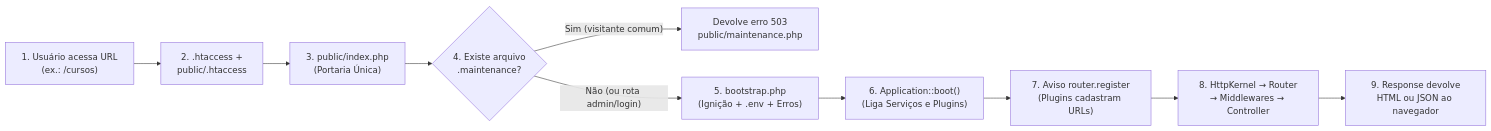
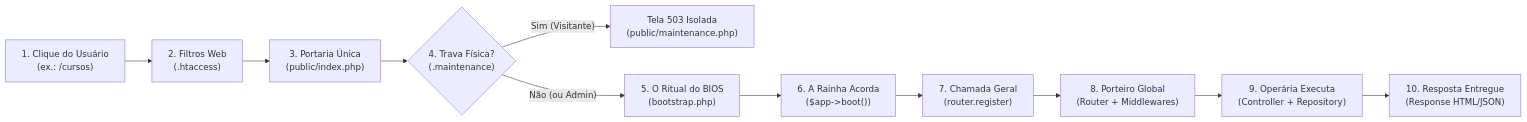
One commit to hadelrachid/domain-system changed the diagram in docs/documentacao-sistema/00-introducao.md. Above: the diagram before and after it, drawn with Mermaid. The commit also changed other lines of this file and 5 other files, not shown here.

````diff
--- a/docs/documentacao-sistema/00-introducao.md
+++ b/docs/documentacao-sistema/00-introducao.md
@@ -107,12 +120,13 @@
 ```mermaid
 flowchart LR
-    U["1. Usuário acessa URL<br/>(ex.: /cursos)"] --> H["2. .htaccess +<br/>public/.htaccess"]
-    H --> IDX["3. public/index.php<br/>(Portaria Única)"]
-    IDX --> M{"4. Existe arquivo<br/>.maintenance?"}
-    M -- "Sim (visitante comum)" --> M503["Devolve erro 503<br/>public/maintenance.php"]
-    M -- "Não (ou rota admin/login)" --> BOOT["5. bootstrap.php<br/>(Ignição + .env + Erros)"]
-    BOOT --> APP["6. Application::boot()<br/>(Liga Serviços e Plugins)"]
-    APP --> REG["7. Aviso router.register<br/>(Plugins cadastram URLs)"]
-    REG --> HK["8. HttpKernel → Router<br/>→ Middlewares → Controller"]
-    HK --> RES["9. Response devolve<br/>HTML ou JSON ao navegador"]
+    CLI["1. Clique do Usuário<br/>(ex.: /cursos)"] --> HT["2. Filtros Web<br/>(.htaccess)"]
+    HT --> IDX["3. Portaria Única<br/>(public/index.php)"]
+    IDX --> LOCK{"4. Trava Física?<br/>(.maintenance)"}
+    LOCK -- "Sim (Visitante)" --> S503["Tela 503 Isolada<br/>(public/maintenance.php)"]
+    LOCK -- "Não (ou Admin)" --> BOOT["5. O Ritual do BIOS<br/>(bootstrap.php)"]
+    BOOT --> KRN["6. A Rainha Acorda<br/>($app->boot())"]
+    KRN --> RAD["7. Chamada Geral<br/>(router.register)"]
+    RAD --> GATE["8. Porteiro Global<br/>(Router + Middlewares)"]
+    GATE --> WORK["9. Operária Executa<br/>(Controller + Repository)"]
+    WORK --> RES["10. Resposta Entregue<br/>(Response HTML/JSON)"]
 ```
````
